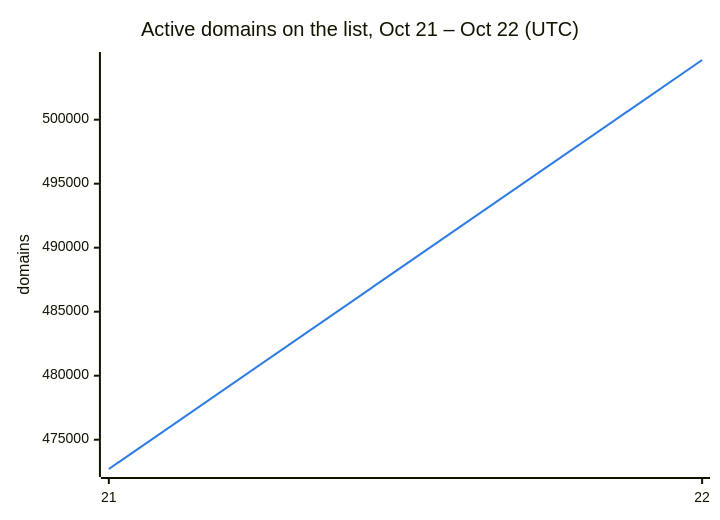
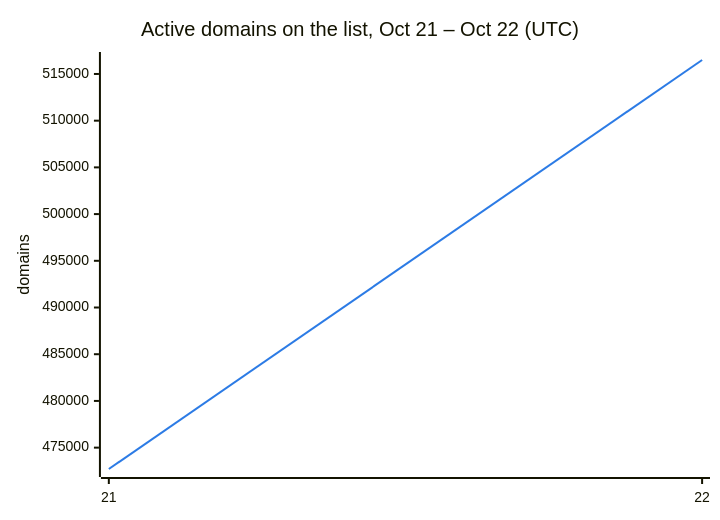
One commit to DNSBunker/CTI changed the second of 3 diagrams in README.md. Above: the diagram before and after it, drawn with Mermaid. The commit also changed other lines of this file and 3 other files, not shown here.

````diff
--- a/README.md
+++ b/README.md
@@ -38,8 +38,8 @@
 ```mermaid
 %%{init: {"themeVariables": {"xyChart": {"plotColorPalette": "#2c7be5"}}}}%%
 xychart-beta
     title "Active domains on the list, Oct 21 – Oct 22 (UTC)"
     x-axis ["21", "22"]
     y-axis "domains"
-    line [472713, 504662]
+    line [472713, 516495]
 ```
````
